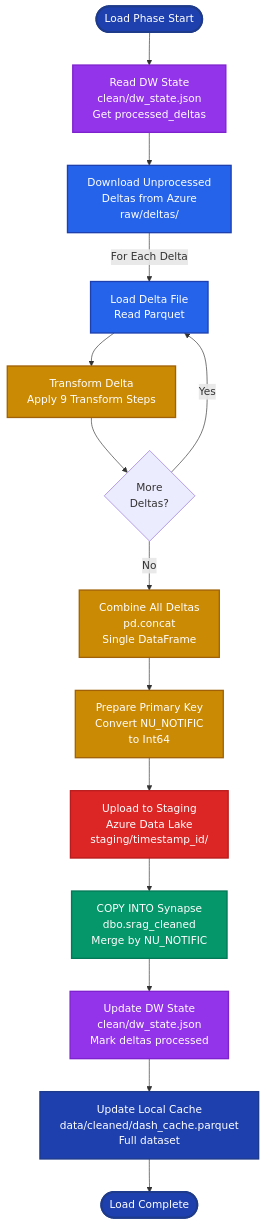
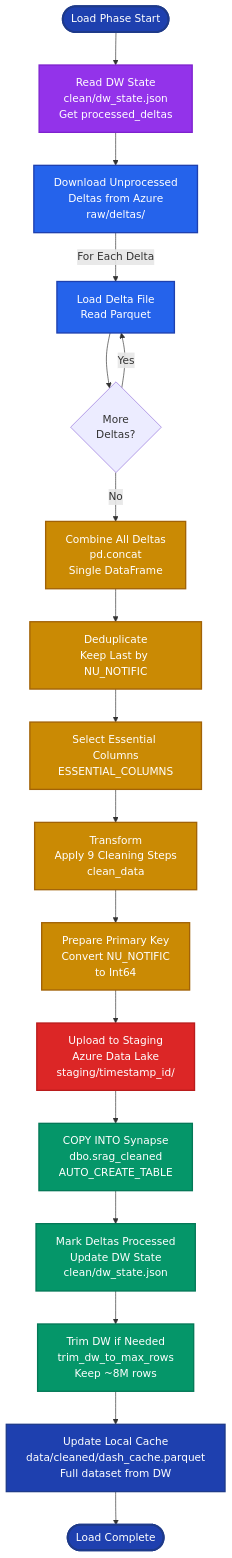
One commit to joaovargass/indicium-ai-engineering-certification changed the fourth of 5 diagrams in src/elt/README.md. Above: the diagram before and after it, drawn with Mermaid. The commit also changed other lines of this file and 34 other files, not shown here.

````diff
--- a/src/elt/README.md
+++ b/src/elt/README.md
@@ -114,39 +122,44 @@
 ```mermaid
 flowchart TD
     Start([Load Phase Start]) --> ReadState[Read DW State<br/>clean/dw_state.json<br/>Get processed_deltas]
     
     ReadState --> DownloadDeltas[Download Unprocessed<br/>Deltas from Azure<br/>raw/deltas/]
     
     DownloadDeltas -->|For Each Delta| LoadDelta[Load Delta File<br/>Read Parquet]
-    LoadDelta --> TransformDelta[Transform Delta<br/>Apply 9 Transform Steps]
-    TransformDelta --> NextDelta{More<br/>Deltas?}
+    LoadDelta --> NextDelta{More<br/>Deltas?}
     NextDelta -->|Yes| LoadDelta
     NextDelta -->|No| Combine[Combine All Deltas<br/>pd.concat<br/>Single DataFrame]
     
-    Combine --> PreparePK[Prepare Primary Key<br/>Convert NU_NOTIFIC<br/>to Int64]
+    Combine --> Deduplicate[Deduplicate<br/>Keep Last by NU_NOTIFIC]
+    Deduplicate --> SelectEssential[Select Essential Columns<br/>ESSENTIAL_COLUMNS]
+    SelectEssential --> Transform[Transform<br/>Apply 9 Cleaning Steps<br/>clean_data]
+    
+    Transform --> PreparePK[Prepare Primary Key<br/>Convert NU_NOTIFIC<br/>to Int64]
     PreparePK --> UploadStaging[Upload to Staging<br/>Azure Data Lake<br/>staging/timestamp_id/]
     
-    UploadStaging --> CopyInto[COPY INTO Synapse<br/>dbo.srag_cleaned<br/>Merge by NU_NOTIFIC]
+    UploadStaging --> CopyInto[COPY INTO Synapse<br/>dbo.srag_cleaned<br/>AUTO_CREATE_TABLE]
     
-    CopyInto --> UpdateDWState[Update DW State<br/>clean/dw_state.json<br/>Mark deltas processed]
+    CopyInto --> MarkDeltas[Mark Deltas Processed<br/>Update DW State<br/>clean/dw_state.json]
     
-    UpdateDWState --> UpdateCache[Update Local Cache<br/>data/cleaned/dash_cache.parquet<br/>Full dataset]
+    MarkDeltas --> TrimDW[Trim DW if Needed<br/>trim_dw_to_max_rows<br/>Keep ~8M rows]
+    
+    TrimDW --> UpdateCache[Update Local Cache<br/>data/cleaned/dash_cache.parquet<br/>Full dataset from DW]
     
     UpdateCache --> End([Load Complete])
     
     classDef stateStyle fill:#9333ea,stroke:#7e22ce,stroke-width:2px,color:#fff
     classDef downloadStyle fill:#2563eb,stroke:#1e40af,stroke-width:2px,color:#fff
     classDef transformStyle fill:#ca8a04,stroke:#a16207,stroke-width:2px,color:#fff
     classDef uploadStyle fill:#dc2626,stroke:#b91c1c,stroke-width:2px,color:#fff
     classDef dwStyle fill:#059669,stroke:#047857,stroke-width:2px,color:#fff
     classDef cacheStyle fill:#1e40af,stroke:#1e3a8a,stroke-width:2px,color:#fff
     classDef startEndStyle fill:#1e40af,stroke:#1e3a8a,stroke-width:3px,color:#fff
     
-    class ReadState,UpdateDWState stateStyle
+    class ReadState,MarkDeltas stateStyle
     class DownloadDeltas,LoadDelta downloadStyle
-    class TransformDelta,Combine,PreparePK transformStyle
+    class Combine,Deduplicate,SelectEssential,Transform,PreparePK transformStyle
     class UploadStaging uploadStyle
-    class CopyInto dwStyle
+    class CopyInto,MarkDeltas,TrimDW dwStyle
     class UpdateCache cacheStyle
     class Start,End startEndStyle
 ```
````
